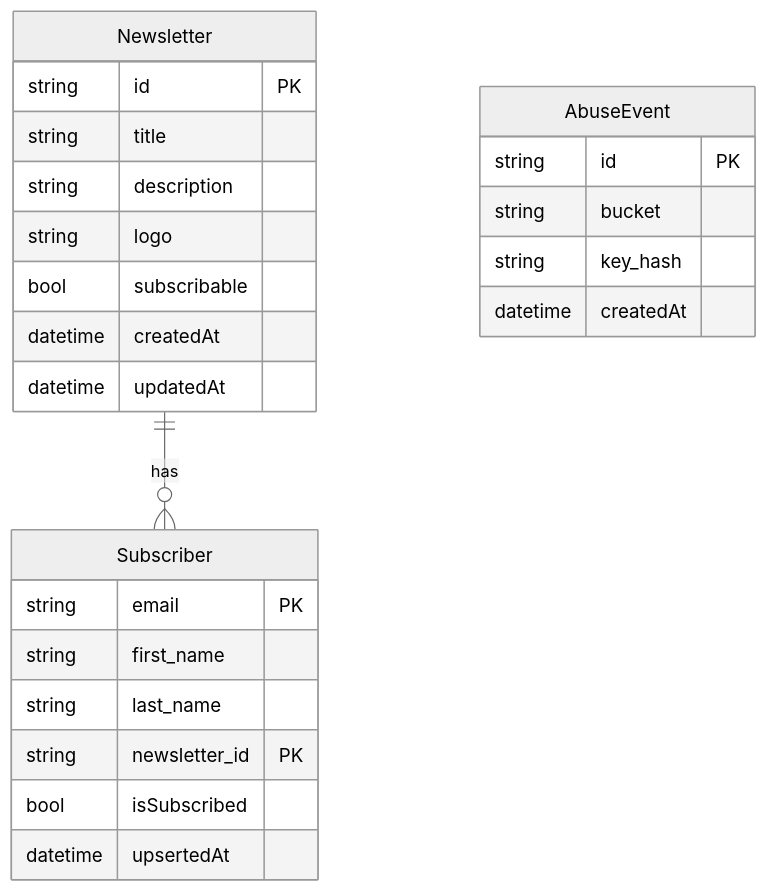
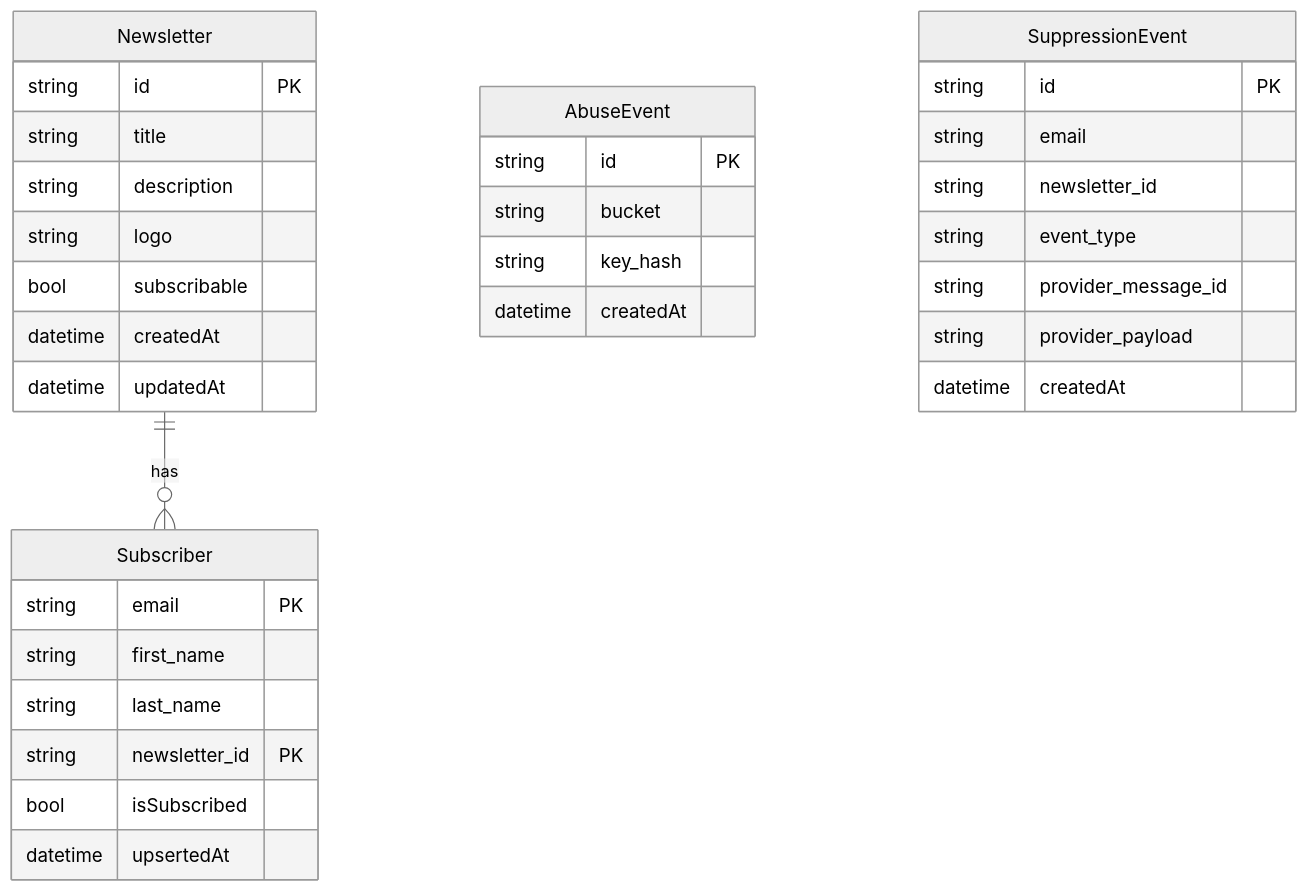
Before and after one commit to gordon8214/LetterDrop: the diagram in app/README.md, drawn with Mermaid (neutral theme). The commit also changed other lines of this file and 9 other files, not shown here.

````diff
--- a/app/README.md
+++ b/app/README.md
@@ -45,30 +48,40 @@
 ```mermaid
 erDiagram
     Newsletter ||--o{ Subscriber : has
 
     Newsletter {
         string id PK
         string title
         string description 
         string logo
         bool subscribable
         datetime createdAt
         datetime updatedAt
     }
 
     Subscriber {
         string email PK
         string first_name
         string last_name
         string newsletter_id PK
         bool isSubscribed
         datetime upsertedAt
     }
 
     AbuseEvent {
         string id PK
         string bucket
         string key_hash
         datetime createdAt
     }
+
+    SuppressionEvent {
+        string id PK
+        string email
+        string newsletter_id
+        string event_type
+        string provider_message_id
+        string provider_payload
+        datetime createdAt
+    }
 ```
````
